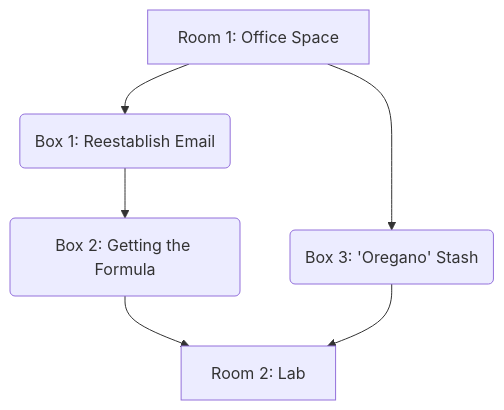
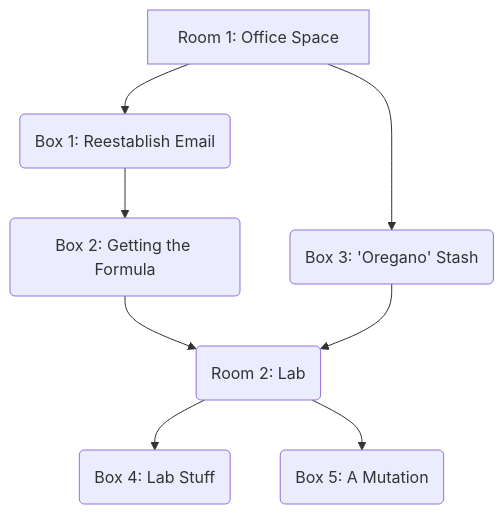
One commit to open-sesame-escape/open-sesame-escape.github.io changed the diagram in content/rooms/virus/index.md. Above: the diagram before and after it, drawn with Mermaid. The commit also changed other lines of this file, not shown here.

Commit message:
Add initial lab puzzles, virus

```diff
--- a/content/rooms/virus/index.md
+++ b/content/rooms/virus/index.md
@@ -188,6 +226,10 @@
 {{< mermaid align="center" >}}
 graph TB;
-  R1[Room 1: Office Space] --> B1(Box 1: Reestablish Email) & B3(Box 3: 'Oregano' Stash)
-  B1(Box 1: Reestablish Email) --> B2(Box 2: Getting the Formula)
-  B2(Box 2: Getting the Formula) & B3(Box 3: 'Oregano' Stash) --> R2[Room 2: Lab]
+  R1[Room 1: Office Space] --> B1 & B3
+  B1(Box 1: Reestablish Email) --> B2
+  B2(Box 2: Getting the Formula) --> R2
+  B3(Box 3: 'Oregano' Stash) --> R2
+  R2(Room 2: Lab) --> B4 & B5
+  B4(Box 4: Lab Stuff)
+  B5(Box 5: A Mutation)
 {{< /mermaid >}}
```
